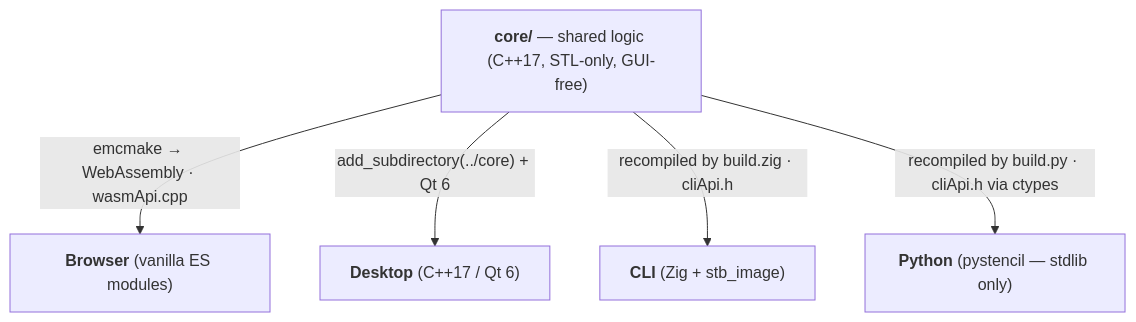
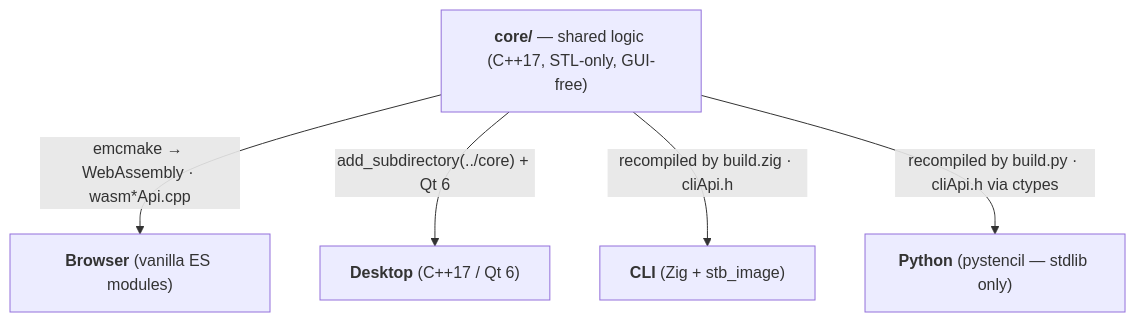
The diagram in core/README.md (andrew1407/stencil), drawn with Mermaid before and after one commit. The commit also changed other lines of this file and 3128 other files, not shown here.

````diff
--- a/core/README.md
+++ b/core/README.md
@@ -14,8 +14,8 @@
 ```mermaid
 graph TD
     CORE["<b>core/</b> — shared logic (C++17, STL-only, GUI-free)"]
-    CORE -->|"emcmake → WebAssembly · wasmApi.cpp"| WEB["<b>Browser</b> (vanilla ES modules)"]
+    CORE -->|"emcmake → WebAssembly · wasm*Api.cpp"| WEB["<b>Browser</b> (vanilla ES modules)"]
     CORE -->|"add_subdirectory(../core) + Qt 6"| DESK["<b>Desktop</b> (C++17 / Qt 6)"]
     CORE -->|"recompiled by build.zig · cliApi.h"| CLI["<b>CLI</b> (Zig + stb_image)"]
     CORE -->|"recompiled by build.py · cliApi.h via ctypes"| PY["<b>Python</b> (pystencil — stdlib only)"]
 ```
````
